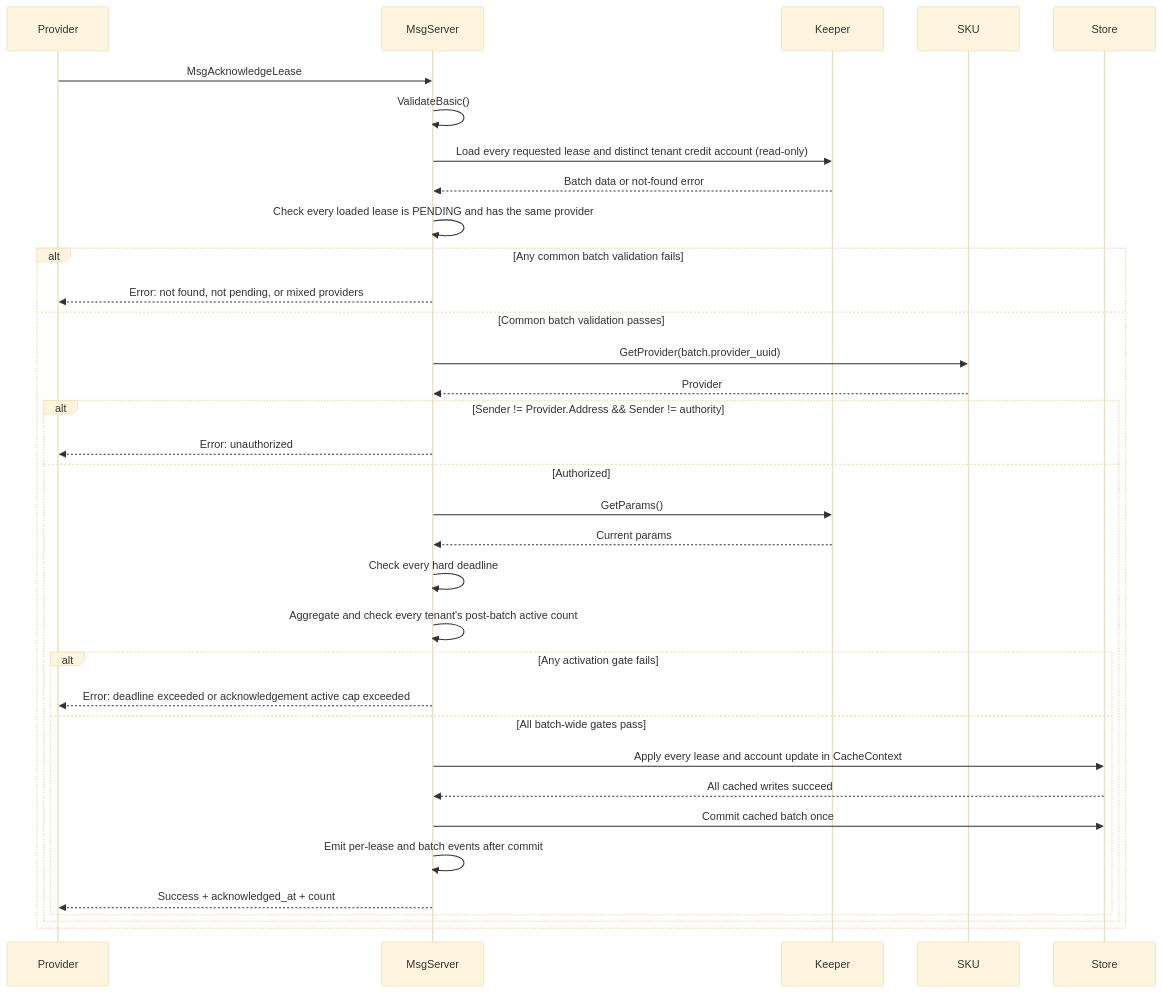
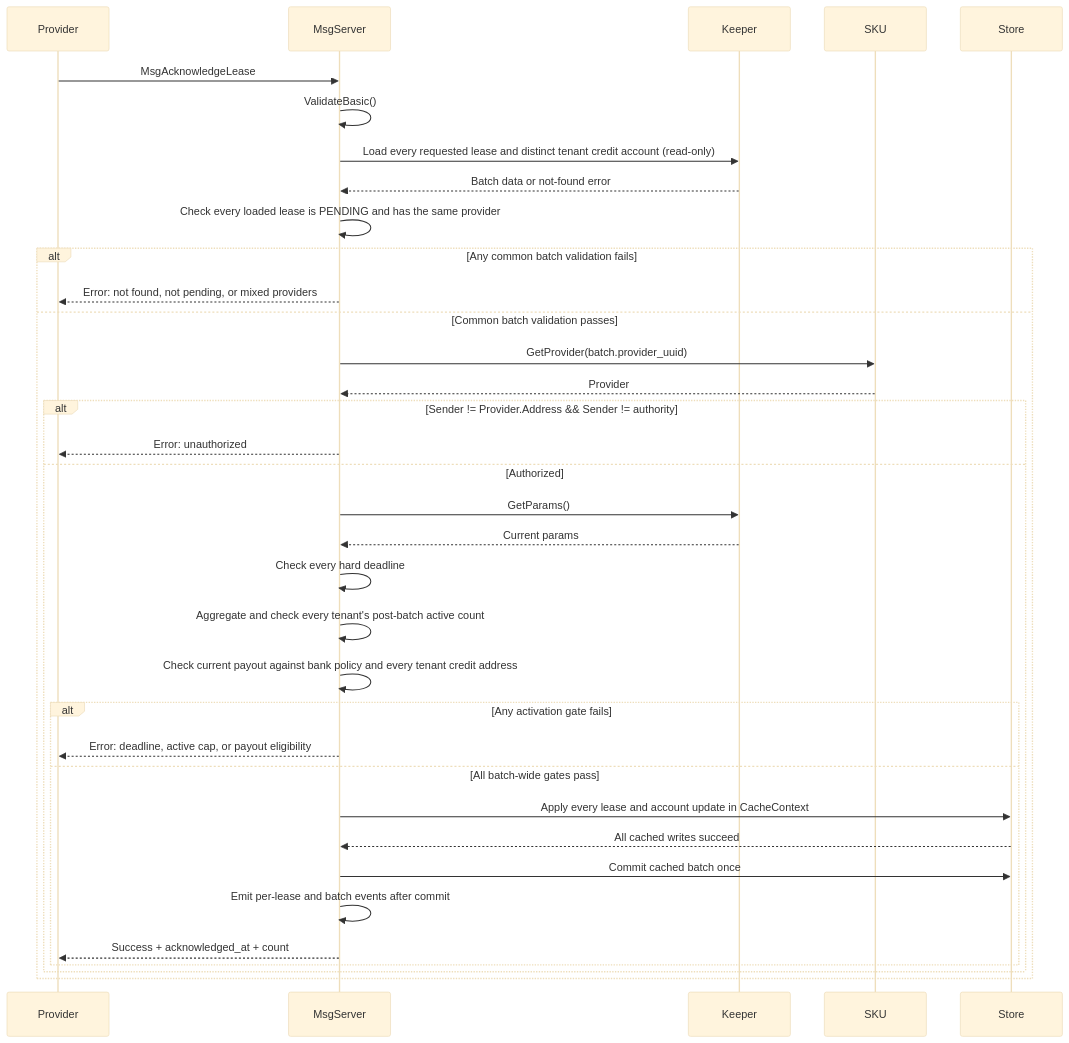
The seventh of 13 diagrams in x/billing/docs/ARCHITECTURE.md (manifest-network/manifest-ledger), drawn with Mermaid (base theme) before and after one commit. The commit also changed other lines of this file and 17 other files, not shown here.

First line of the commit message:
fix: align lease activation and payout eligibility

````diff
--- a/x/billing/docs/ARCHITECTURE.md
+++ b/x/billing/docs/ARCHITECTURE.md
@@ -404,40 +406,41 @@
 ```mermaid
 sequenceDiagram
     participant Provider
     participant MsgServer
     participant Keeper
     participant SKU
     participant Store
     
     Provider->>MsgServer: MsgAcknowledgeLease
     MsgServer->>MsgServer: ValidateBasic()
     MsgServer->>Keeper: Load every requested lease and distinct tenant credit account (read-only)
     Keeper-->>MsgServer: Batch data or not-found error
     MsgServer->>MsgServer: Check every loaded lease is PENDING and has the same provider
 
     alt Any common batch validation fails
         MsgServer-->>Provider: Error: not found, not pending, or mixed providers
     else Common batch validation passes
         MsgServer->>SKU: GetProvider(batch.provider_uuid)
         SKU-->>MsgServer: Provider
 
         alt Sender != Provider.Address && Sender != authority
             MsgServer-->>Provider: Error: unauthorized
         else Authorized
             MsgServer->>Keeper: GetParams()
             Keeper-->>MsgServer: Current params
             MsgServer->>MsgServer: Check every hard deadline
             MsgServer->>MsgServer: Aggregate and check every tenant's post-batch active count
+            MsgServer->>MsgServer: Check current payout against bank policy and every tenant credit address
 
             alt Any activation gate fails
-                MsgServer-->>Provider: Error: deadline exceeded or acknowledgement active cap exceeded
+                MsgServer-->>Provider: Error: deadline, active cap, or payout eligibility
             else All batch-wide gates pass
                 MsgServer->>Store: Apply every lease and account update in CacheContext
                 Store-->>MsgServer: All cached writes succeed
                 MsgServer->>Store: Commit cached batch once
                 MsgServer->>MsgServer: Emit per-lease and batch events after commit
                 MsgServer-->>Provider: Success + acknowledged_at + count
             end
         end
     end
 ```
````
